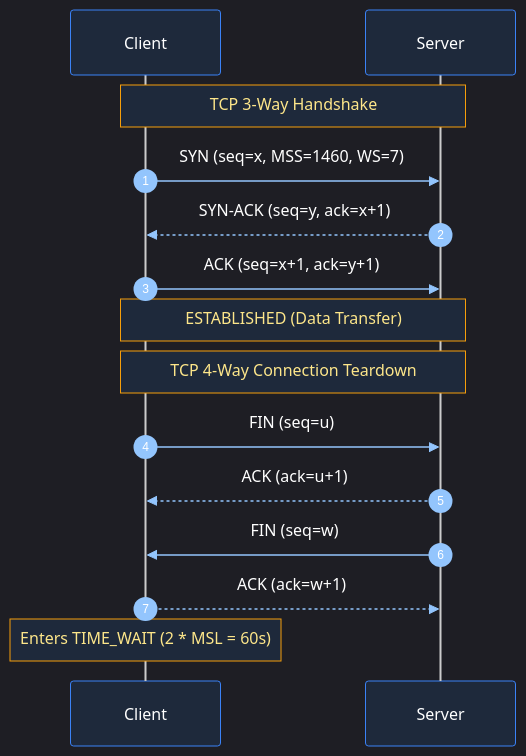
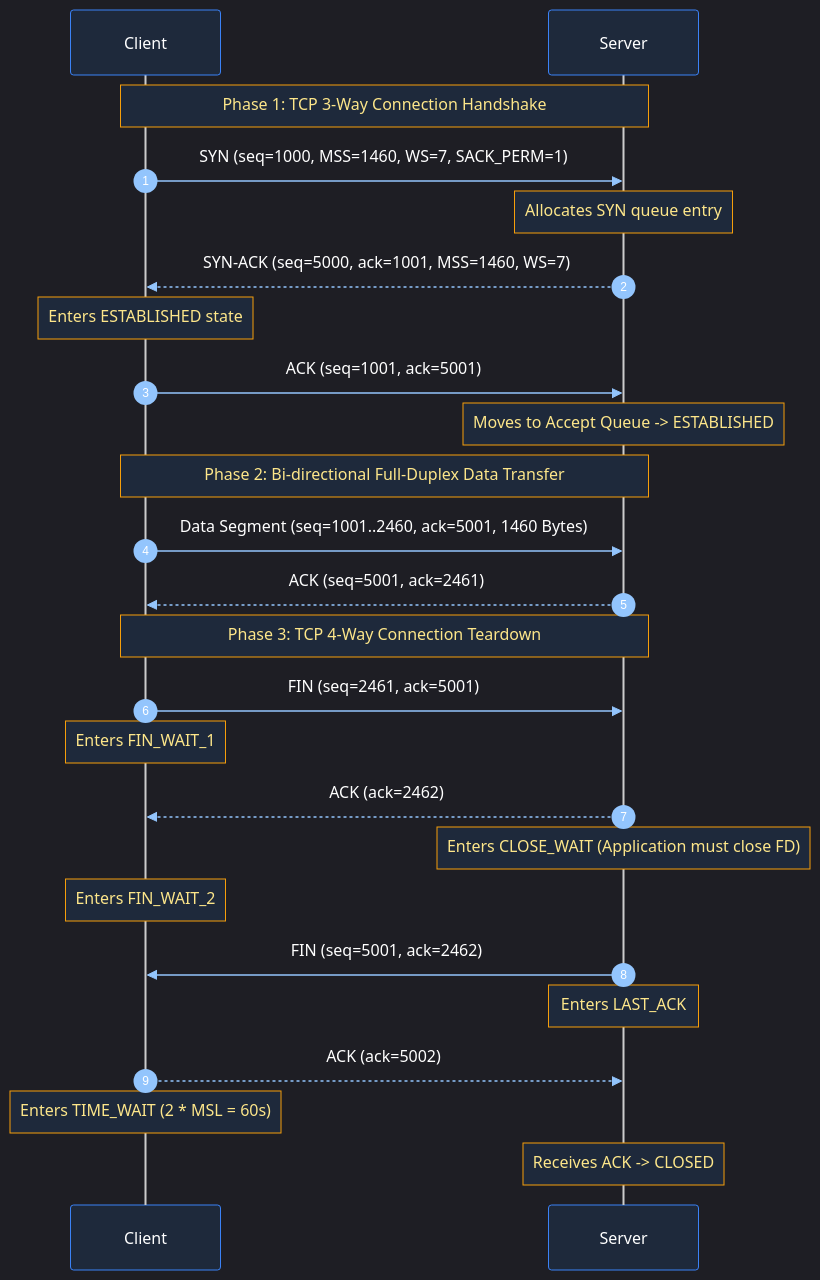
One commit to joydeep-biswas/Interview-Preparation changed the third of 13 diagrams in Cloud Engineering/02_networking_fundamentals.md. Above: the diagram before and after it, drawn with Mermaid. The commit also changed other lines of this file and 143 other files, not shown here.

````diff
--- a/Cloud Engineering/02_networking_fundamentals.md
+++ b/Cloud Engineering/02_networking_fundamentals.md
@@ -136,20 +183,31 @@
 ```mermaid
 %%{init: {'theme': 'dark', 'themeVariables': { 'actorBkg': '#1e293b', 'actorBorder': '#3b82f6', 'actorTextColor': '#ffffff', 'signalColor': '#93c5fd', 'signalTextColor': '#ffffff', 'noteBkgColor': '#1e293b', 'noteBorderColor': '#f59e0b', 'noteTextColor': '#fde68a', 'activationBkgColor': '#3b82f6', 'sequenceNumberColor': '#ffffff' }}}%%
 sequenceDiagram
     autonumber
     participant Client
     participant Server
 
-    Note over Client,Server: TCP 3-Way Handshake
-    Client->>Server: SYN (seq=x, MSS=1460, WS=7)
-    Server-->>Client: SYN-ACK (seq=y, ack=x+1)
-    Client->>Server: ACK (seq=x+1, ack=y+1)
-    Note over Client,Server: ESTABLISHED (Data Transfer)
+    Note over Client,Server: Phase 1: TCP 3-Way Connection Handshake
+    Client->>Server: SYN (seq=1000, MSS=1460, WS=7, SACK_PERM=1)
+    Note over Server: Allocates SYN queue entry
+    Server-->>Client: SYN-ACK (seq=5000, ack=1001, MSS=1460, WS=7)
+    Note over Client: Enters ESTABLISHED state
+    Client->>Server: ACK (seq=1001, ack=5001)
+    Note over Server: Moves to Accept Queue -> ESTABLISHED
 
-    Note over Client,Server: TCP 4-Way Connection Teardown
-    Client->>Server: FIN (seq=u)
-    Server-->>Client: ACK (ack=u+1)
-    Server->>Client: FIN (seq=w)
-    Client-->>Server: ACK (ack=w+1)
+    Note over Client,Server: Phase 2: Bi-directional Full-Duplex Data Transfer
+    Client->>Server: Data Segment (seq=1001..2460, ack=5001, 1460 Bytes)
+    Server-->>Client: ACK (seq=5001, ack=2461)
+
+    Note over Client,Server: Phase 3: TCP 4-Way Connection Teardown
+    Client->>Server: FIN (seq=2461, ack=5001)
+    Note over Client: Enters FIN_WAIT_1
+    Server-->>Client: ACK (ack=2462)
+    Note over Server: Enters CLOSE_WAIT (Application must close FD)
+    Note over Client: Enters FIN_WAIT_2
+    Server->>Client: FIN (seq=5001, ack=2462)
+    Note over Server: Enters LAST_ACK
+    Client-->>Server: ACK (ack=5002)
     Note over Client: Enters TIME_WAIT (2 * MSL = 60s)
+    Note over Server: Receives ACK -> CLOSED
 ```
````
